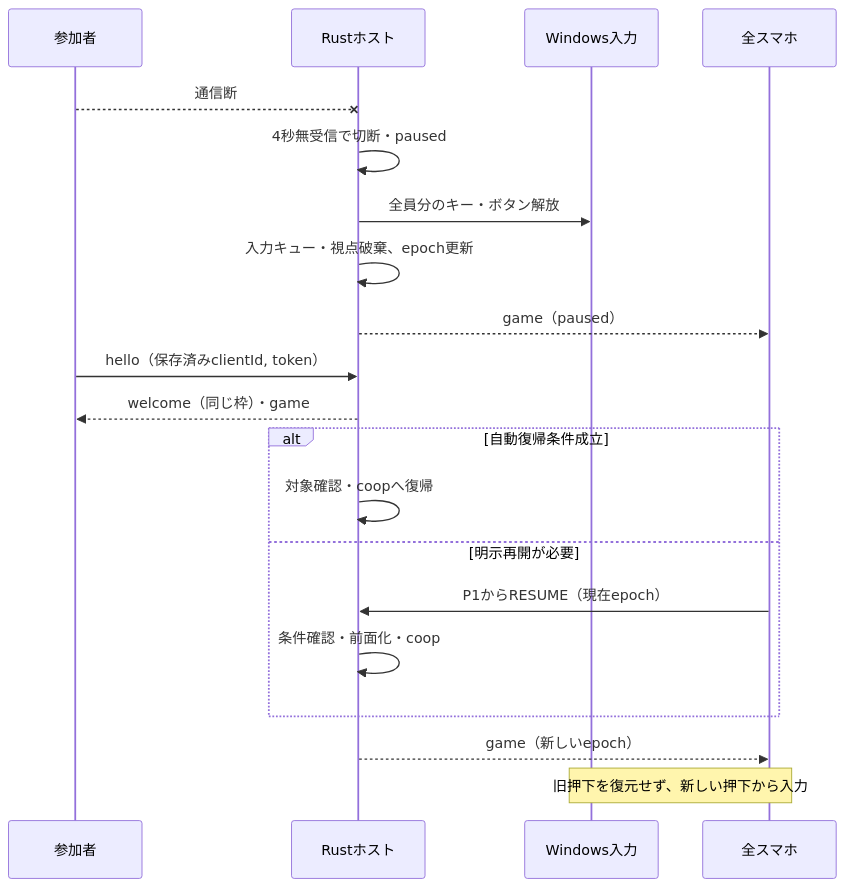
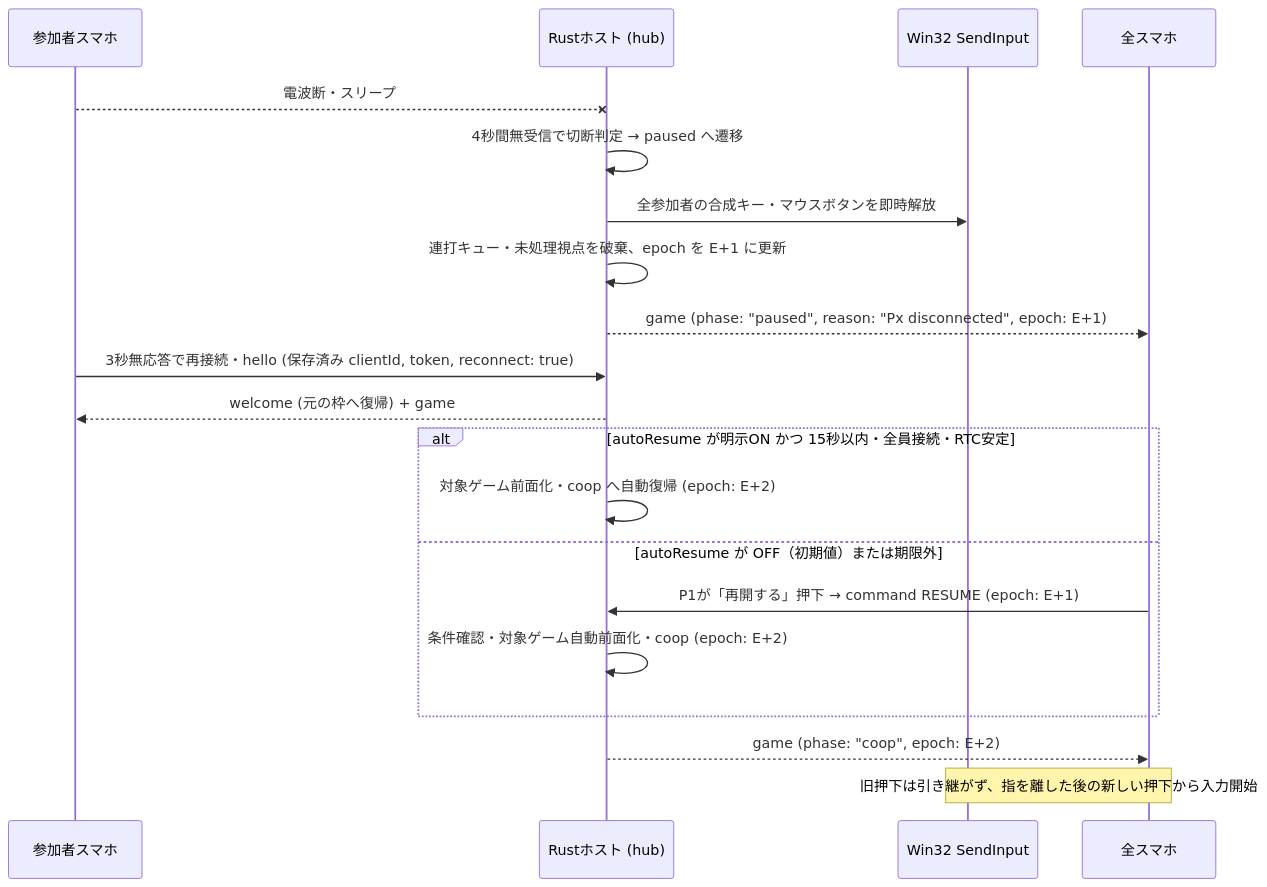
One commit to jphacks/kz_2613 changed the third of 4 diagrams in docs/protocol-specification.md. Above: the diagram before and after it, drawn with Mermaid. The commit also changed other lines of this file and 10 other files, not shown here.

````diff
--- a/docs/protocol-specification.md
+++ b/docs/protocol-specification.md
@@ -226,22 +233,24 @@
 ```mermaid
 sequenceDiagram
-    participant P as 参加者
-    participant Hub as Rustホスト
-    participant OS as Windows入力
+    participant P as 参加者スマホ
+    participant Hub as Rustホスト (hub)
+    participant OS as Win32 SendInput
     participant All as 全スマホ
-    P--xHub: 通信断
-    Hub->>Hub: 4秒無受信で切断・paused
-    Hub->>OS: 全員分のキー・ボタン解放
-    Hub->>Hub: 入力キュー・視点破棄、epoch更新
-    Hub-->>All: game（paused）
-    P->>Hub: hello（保存済みclientId, token）
-    Hub-->>P: welcome（同じ枠）・game
-    alt 自動復帰条件成立
-        Hub->>Hub: 対象確認・coopへ復帰
-    else 明示再開が必要
-        All->>Hub: P1からRESUME（現在epoch）
-        Hub->>Hub: 条件確認・前面化・coop
+
+    P--xHub: 電波断・スリープ
+    Hub->>Hub: 4秒間無受信で切断判定 → paused へ遷移
+    Hub->>OS: 全参加者の合成キー・マウスボタンを即時解放
+    Hub->>Hub: 連打キュー・未処理視点を破棄、epoch を E+1 に更新
+    Hub-->>All: game (phase: "paused", reason: "Px disconnected", epoch: E+1)
+
+    P->>Hub: 3秒無応答で再接続・hello (保存済み clientId, token, reconnect: true)
+    Hub-->>P: welcome (元の枠へ復帰) + game
+    alt autoResume が明示ON かつ 15秒以内・全員接続・RTC安定
+        Hub->>Hub: 対象ゲーム前面化・coop へ自動復帰 (epoch: E+2)
+    else autoResume が OFF（初期値）または期限外
+        All->>Hub: P1が「再開する」押下 → command RESUME (epoch: E+1)
+        Hub->>Hub: 条件確認・対象ゲーム自動前面化・coop (epoch: E+2)
     end
-    Hub-->>All: game（新しいepoch）
-    Note over All,OS: 旧押下を復元せず、新しい押下から入力
+    Hub-->>All: game (phase: "coop", epoch: E+2)
+    Note over All,OS: 旧押下は引き継がず、指を離した後の新しい押下から入力開始
 ```
````
